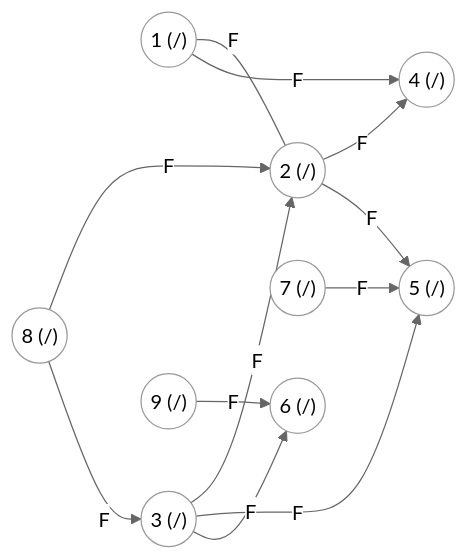
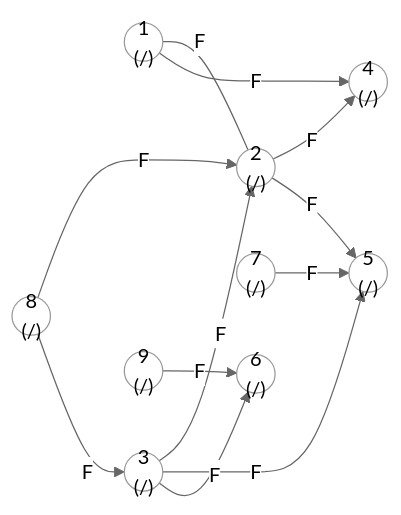
One commit to UFMG-Organizacao-de-Disciplinas/DCC865-Projeto_e_Analise_de_Algoritmos changed diagram 22 of 27 in 2024.2/Materiais enviados/Listas/Resoluções/Lista 3.md. Above: the diagram before and after it, drawn with Mermaid (neutral theme). The commit also changed other lines of this file and 1 other file, not shown here.

````diff
--- a/2024.2/Materiais enviados/Listas/Resoluções/Lista 3.md
+++ b/2024.2/Materiais enviados/Listas/Resoluções/Lista 3.md
@@ -977,37 +977,37 @@
 ```mermaid
 graph LR
     %% Coloração: fundo branco, texto preto
     style V1 fill:#fff,color:#000
     style V2 fill:#fff,color:#000
     style V3 fill:#fff,color:#000
     style V4 fill:#fff,color:#000
     style V5 fill:#fff,color:#000
     style V6 fill:#fff,color:#000
     style V7 fill:#fff,color:#000
     style V8 fill:#fff,color:#000
     style V9 fill:#fff,color:#000
 
     %% Vértices
-    V1(("1 (/)"))
-    V2(("2 (/)"))
-    V3(("3 (/)"))
-    V4(("4 (/)"))
-    V5(("5 (/)"))
-    V6(("6 (/)"))
-    V7(("7 (/)"))
-    V8(("8 (/)"))
-    V9(("9 (/)"))
+    V1(("1 <br> (/)"))
+    V2(("2 <br> (/)"))
+    V3(("3 <br> (/)"))
+    V4(("4 <br> (/)"))
+    V5(("5 <br> (/)"))
+    V6(("6 <br> (/)"))
+    V7(("7 <br> (/)"))
+    V8(("8 <br> (/)"))
+    V9(("9 <br> (/)"))
 
     %% Arestas
     V1 ---|F| V2
     V1 -->|F| V4
     V2 -->|F| V4
     V2 -->|F| V5
     V3 -->|F| V2
     V3 -->|F| V5
     V3 -->|F| V6
     V7 -->|F| V5
     V8 -->|F| V2
     V8 -->|F| V3
     V9 -->|F| V6
 ```
````
